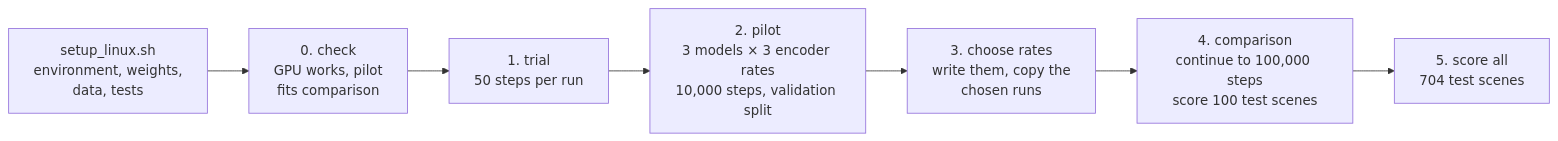
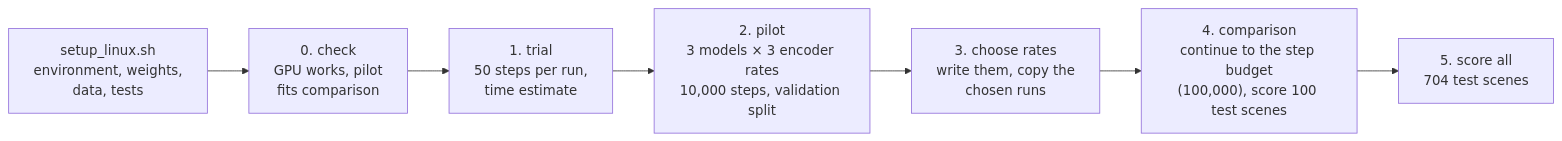
The diagram in docs/running_on_a_gpu_server.md (mp2591/3d-scene-reconstruction), drawn with Mermaid before and after one commit. The commit also changed other lines of this file and 9 other files, not shown here.

First line of the commit message:
Add a step budget and a time estimate to the launcher

````diff
--- a/docs/running_on_a_gpu_server.md
+++ b/docs/running_on_a_gpu_server.md
@@ -13,9 +13,9 @@
 ```mermaid
 flowchart LR
     setup["setup_linux.sh<br/>environment, weights,<br/>data, tests"] --> check["0. check<br/>GPU works, pilot<br/>fits comparison"]
-    check --> trial["1. trial<br/>50 steps per run"]
+    check --> trial["1. trial<br/>50 steps per run,<br/>time estimate"]
     trial --> pilot["2. pilot<br/>3 models × 3 encoder rates<br/>10,000 steps, validation split"]
     pilot --> choose["3. choose rates<br/>write them, copy the<br/>chosen runs"]
-    choose --> train["4. comparison<br/>continue to 100,000 steps<br/>score 100 test scenes"]
+    choose --> train["4. comparison<br/>continue to the step budget<br/>(100,000), score 100 test scenes"]
     train --> full["5. score all<br/>704 test scenes"]
 ```
````
